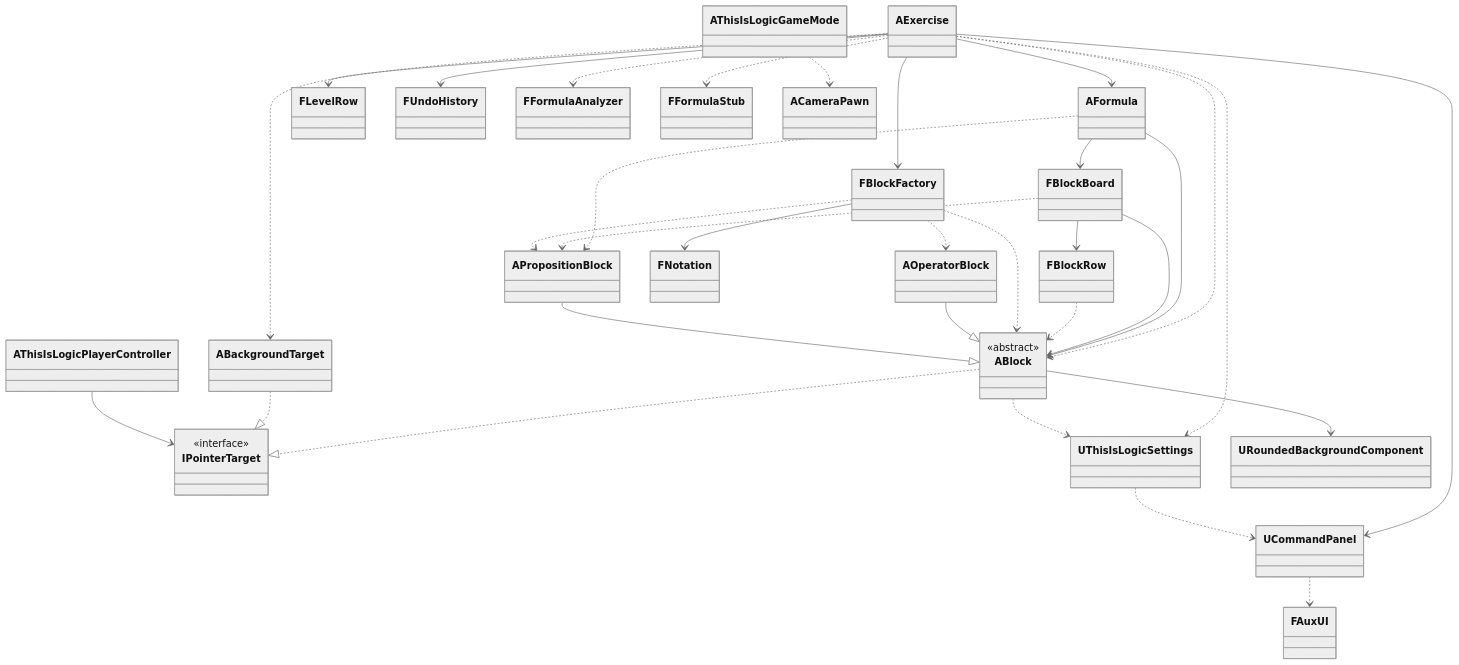
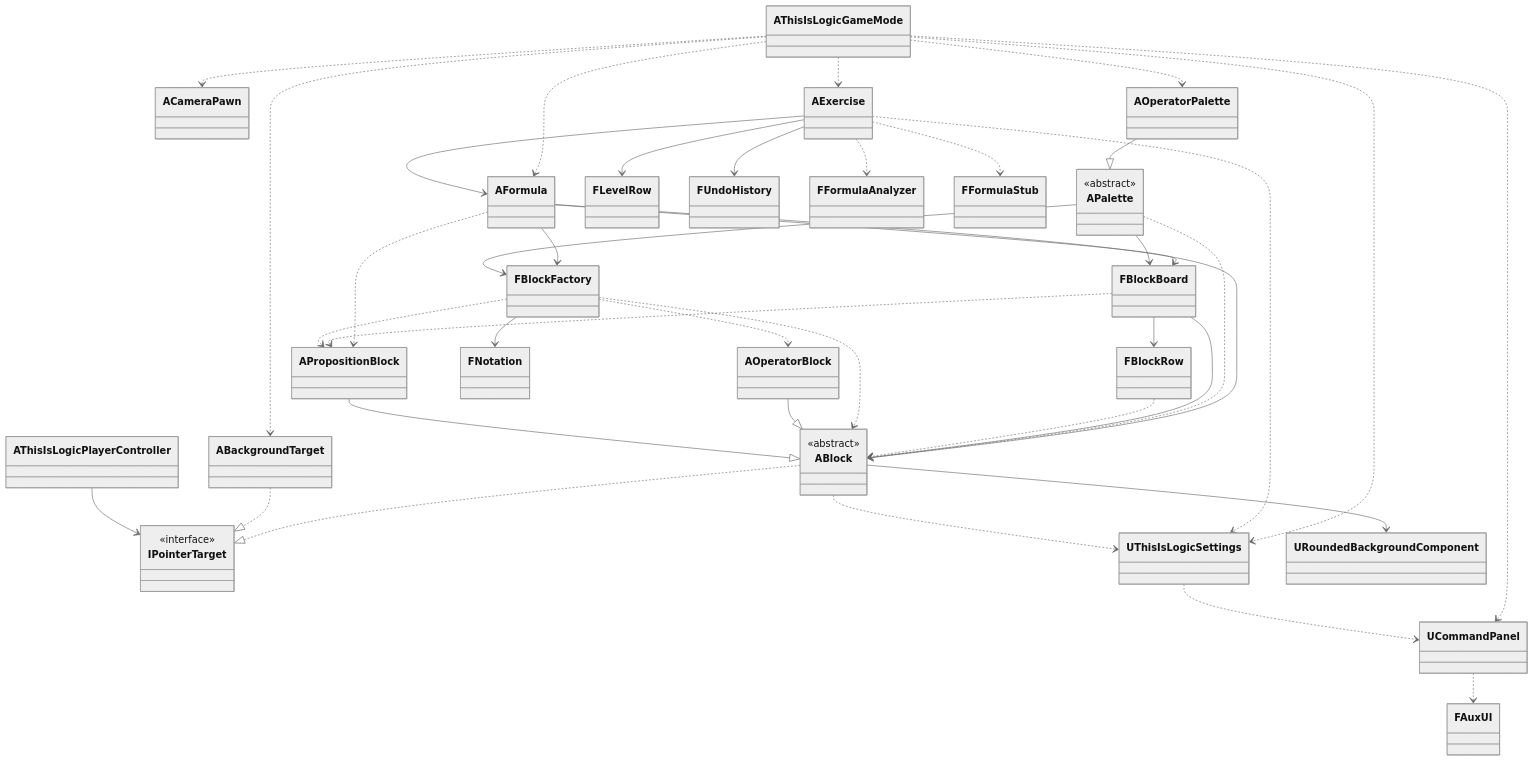
The diagram in README.md (expn-pi/ThisIsLogic), drawn with Mermaid (neutral theme) before and after one commit. The commit also changed other lines of this file and 21 other files, not shown here.

````diff
--- a/README.md
+++ b/README.md
@@ -77,48 +85,59 @@
 ```mermaid
 classDiagram
     class IPointerTarget {
         <<interface>>
     }
     class ABlock {
         <<abstract>>
     }
+    class APalette {
+        <<abstract>>
+    }
+
+    AThisIsLogicGameMode ..> ACameraPawn
+    AThisIsLogicGameMode ..> AFormula
+    AThisIsLogicGameMode ..> ABackgroundTarget
+    AThisIsLogicGameMode ..> AExercise
+    AThisIsLogicGameMode ..> UCommandPanel
+    AThisIsLogicGameMode ..> AOperatorPalette
+    AThisIsLogicGameMode ..> UThisIsLogicSettings
 
     AExercise --> AFormula
-    AExercise --> UCommandPanel
     AExercise --> FLevelRow
-    AExercise --> FBlockFactory
     AExercise --> FUndoHistory
     AExercise ..> FFormulaAnalyzer
     AExercise ..> FFormulaStub
-    AExercise ..> ABlock
-    AExercise ..> ABackgroundTarget
     AExercise ..> UThisIsLogicSettings
 
     AFormula --> FBlockBoard
+    AFormula --> FBlockFactory
     AFormula --> ABlock
     AFormula ..> APropositionBlock
+
+    AOperatorPalette --|> APalette
+    APalette --> FBlockBoard
+    APalette --> FBlockFactory
+    APalette ..> ABlock
 
     FBlockBoard --> FBlockRow
     FBlockBoard --> ABlock
     FBlockBoard ..> APropositionBlock
     FBlockRow ..> ABlock
 
     FBlockFactory --> FNotation
     FBlockFactory ..> ABlock
     FBlockFactory ..> AOperatorBlock
     FBlockFactory ..> APropositionBlock
 
     AOperatorBlock --|> ABlock
     APropositionBlock --|> ABlock
     ABlock ..|> IPointerTarget
     ABlock --> URoundedBackgroundComponent
     ABlock ..> UThisIsLogicSettings
 
     ABackgroundTarget ..|> IPointerTarget
     AThisIsLogicPlayerController --> IPointerTarget
 
     UThisIsLogicSettings ..> UCommandPanel
     UCommandPanel ..> FAuxUI
-
-    AThisIsLogicGameMode ..> ACameraPawn
 ```
````
